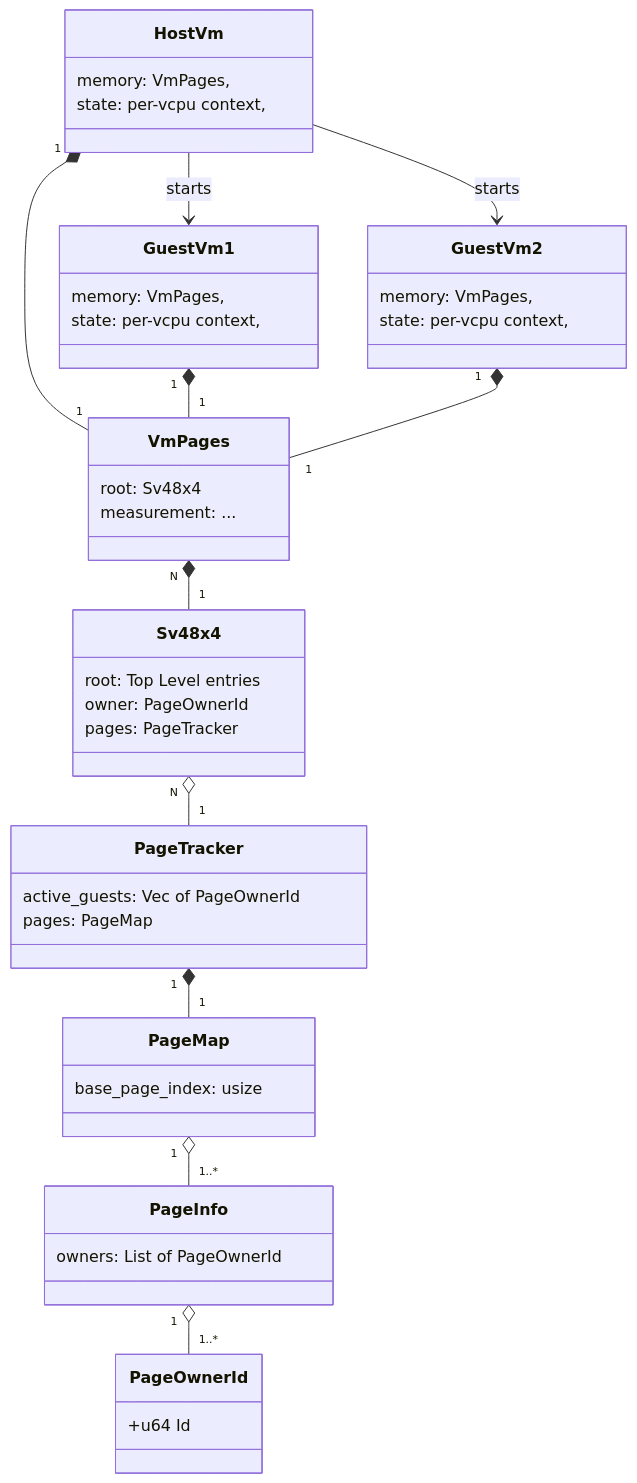
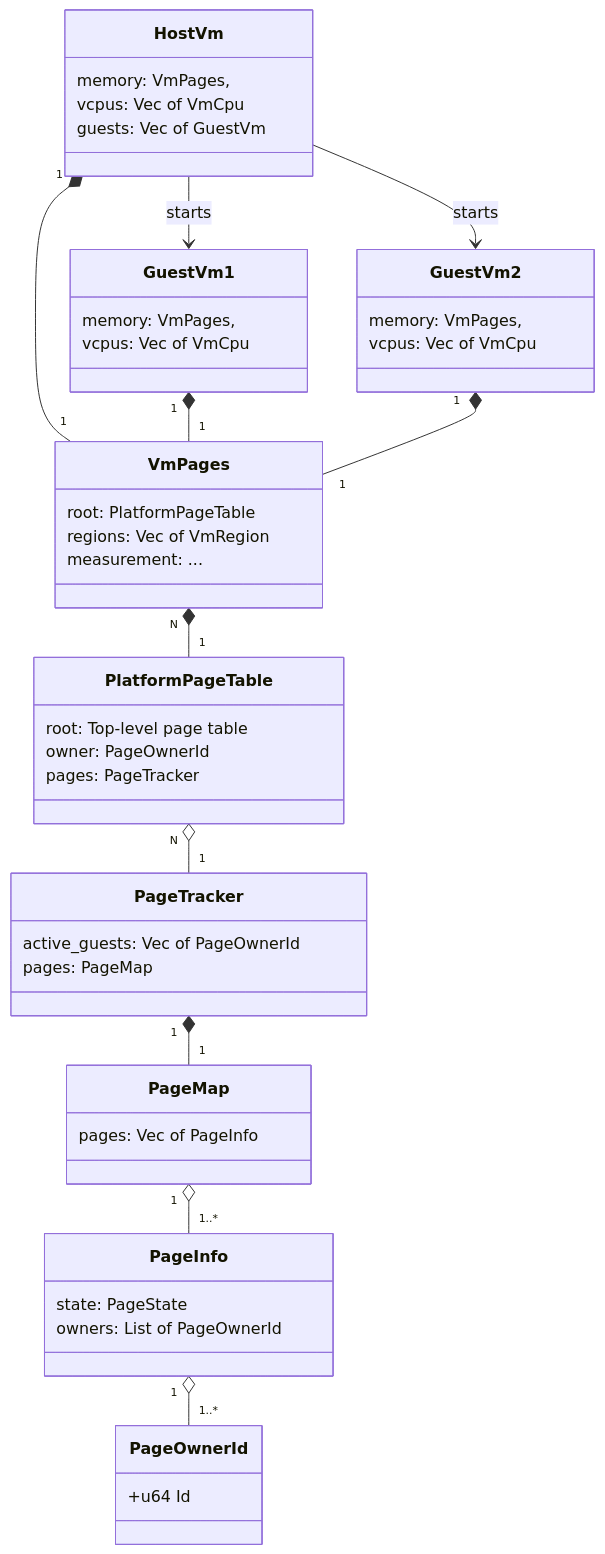
One commit to rivosinc/salus changed the second of 6 diagrams in MEMORY.md. Above: the diagram before and after it, drawn with Mermaid. The commit also changed other lines of this file and 1 other file, not shown here.

````diff
--- a/MEMORY.md
+++ b/MEMORY.md
@@ -38,47 +61,50 @@
 ```mermaid
 classDiagram
     class PageOwnerId {
         +u64 Id
     }
     PageInfo "1" o-- "1..*" PageOwnerId
     class PageInfo {
-      owners: List of PageOwnerId
+        state: PageState
+        owners: List of PageOwnerId
     }
     PageMap "1" o-- "1..*" PageInfo
     class PageMap {
-      base_page_index: usize
+        pages: Vec of PageInfo
     }
     PageTracker "1" *-- "1" PageMap
     class PageTracker {
         active_guests: Vec of PageOwnerId
         pages: PageMap
     }
-    Sv48x4 "N" o-- "1" PageTracker
-    class Sv48x4 {
-    	root: Top Level entries
-	owner: PageOwnerId
+    PlatformPageTable "N" o-- "1" PageTracker
+    class PlatformPageTable {
+        root: Top-level page table
+        owner: PageOwnerId
         pages: PageTracker
     }
-    VmPages "N" *-- "1" Sv48x4
+    VmPages "N" *-- "1" PlatformPageTable
     class VmPages {
-        root: Sv48x4
-	measurement: ...
+        root: PlatformPageTable
+        regions: Vec of VmRegion
+        measurement: ...
     }
     HostVm "1" *-- "1" VmPages
     HostVm --> GuestVm1 : starts
     HostVm --> GuestVm2 : starts
     class HostVm {
         memory: VmPages,
-	state: per-vcpu context,
+        vcpus: Vec of VmCpu
+        guests: Vec of GuestVm
     }
     GuestVm1 "1" *-- "1" VmPages
     class GuestVm1 {
         memory: VmPages,
-	state: per-vcpu context,
+        vcpus: Vec of VmCpu
     }
     GuestVm2 "1" *-- "1" VmPages
     class GuestVm2 {
         memory: VmPages,
-	state: per-vcpu context,
+        vcpus: Vec of VmCpu
     }
 ```
````
